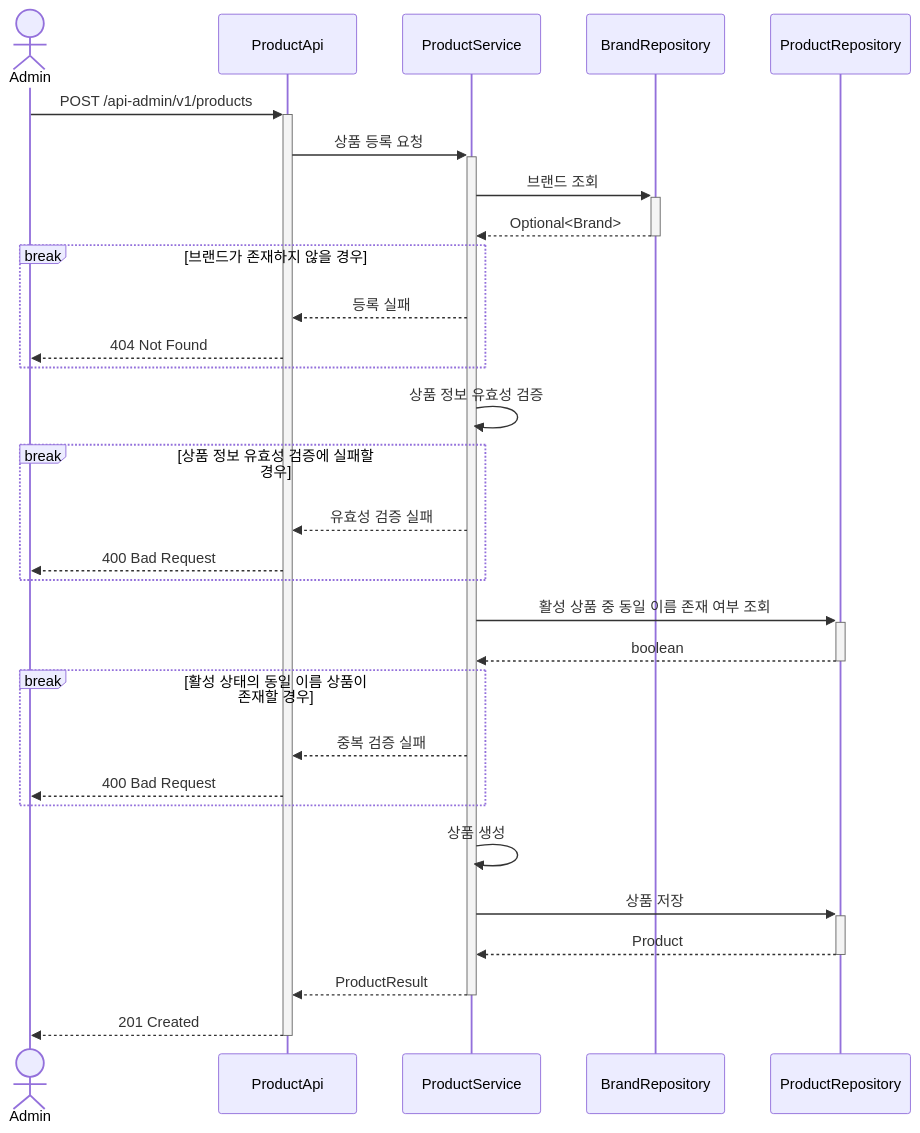
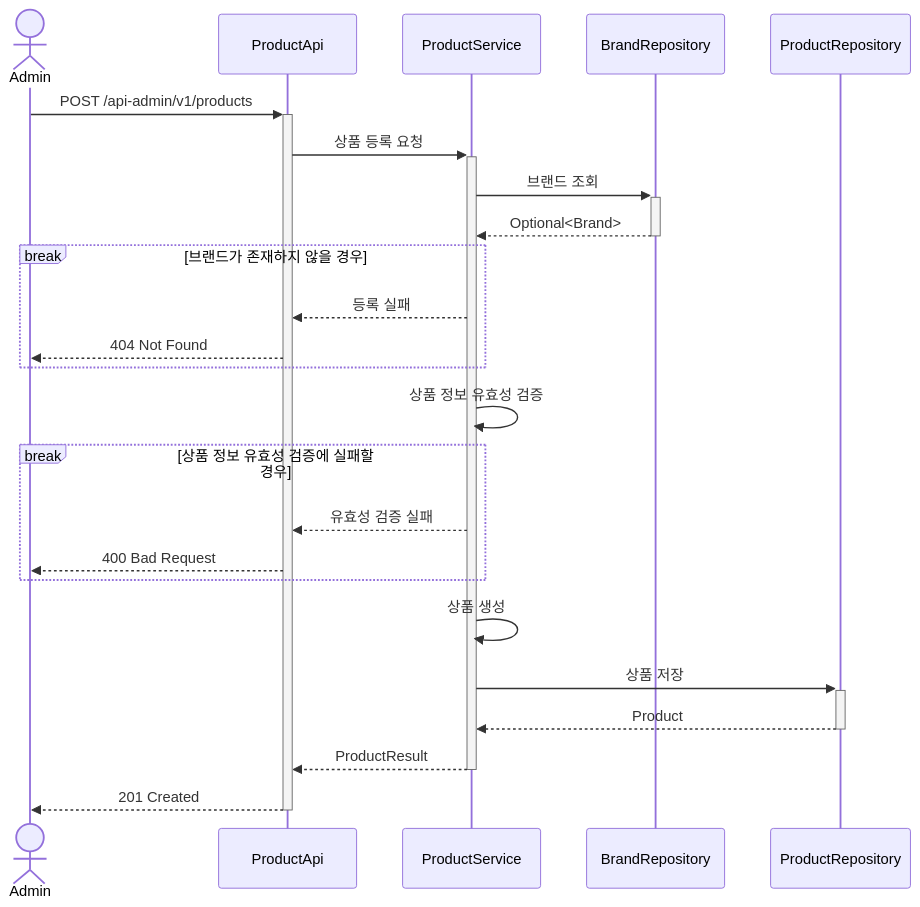
One commit to Loopers-dev-lab/loop-pack-be-l2-vol3-java changed the ninth of 23 diagrams in .docs/design/02-sequence-diagrams.md. Above: the diagram before and after it, drawn with Mermaid. The commit also changed other lines of this file and 27 other files, not shown here.

````diff
--- a/.docs/design/02-sequence-diagrams.md
+++ b/.docs/design/02-sequence-diagrams.md
@@ -303,40 +303,32 @@
 ```mermaid
 sequenceDiagram
     actor Admin
     participant ProductApi
     participant ProductService
     participant BrandRepository
     participant ProductRepository
 
     Admin ->>+ ProductApi: POST /api-admin/v1/products
     ProductApi ->>+ ProductService: 상품 등록 요청
 
     ProductService ->>+ BrandRepository: 브랜드 조회
     BrandRepository -->>- ProductService: Optional<Brand>
 
     break 브랜드가 존재하지 않을 경우
         ProductService -->> ProductApi: 등록 실패
         ProductApi -->> Admin: 404 Not Found
     end
 
     ProductService ->> ProductService: 상품 정보 유효성 검증
 
     break 상품 정보 유효성 검증에 실패할 경우
         ProductService -->> ProductApi: 유효성 검증 실패
         ProductApi -->> Admin: 400 Bad Request
     end
 
-    ProductService ->>+ ProductRepository: 활성 상품 중 동일 이름 존재 여부 조회
-    ProductRepository -->>- ProductService: boolean
-
-    break 활성 상태의 동일 이름 상품이 존재할 경우
-        ProductService -->> ProductApi: 중복 검증 실패
-        ProductApi -->> Admin: 400 Bad Request
-    end
-
     ProductService ->> ProductService: 상품 생성
     ProductService ->>+ ProductRepository: 상품 저장
     ProductRepository -->>- ProductService: Product
     ProductService -->>- ProductApi: ProductResult
     ProductApi -->>- Admin: 201 Created
 ```
````
